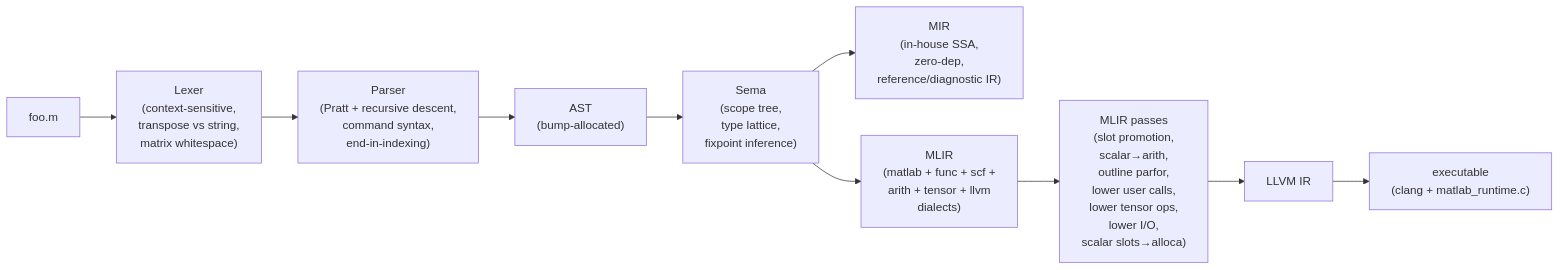
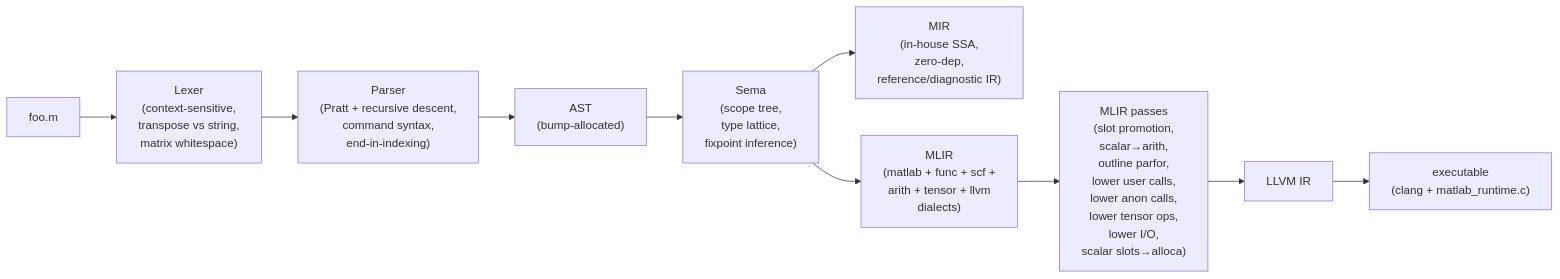
The first of 4 diagrams in README.md (leonardoaraujosantos/matlab_llvm), drawn with Mermaid before and after one commit. The commit also changed other lines of this file, not shown here.

````diff
--- a/README.md
+++ b/README.md
@@ -65,12 +65,12 @@
 ```mermaid
 flowchart LR
   src["foo.m"] --> lex["Lexer<br/>(context-sensitive,<br/>transpose vs string,<br/>matrix whitespace)"]
   lex --> parse["Parser<br/>(Pratt + recursive descent,<br/>command syntax,<br/>end-in-indexing)"]
   parse --> ast["AST<br/>(bump-allocated)"]
   ast --> sema["Sema<br/>(scope tree,<br/>type lattice,<br/>fixpoint inference)"]
   sema --> mir["MIR<br/>(in-house SSA,<br/>zero-dep,<br/>reference/diagnostic IR)"]
   sema --> mlir["MLIR<br/>(matlab + func + scf +<br/>arith + tensor + llvm<br/>dialects)"]
-  mlir --> passes["MLIR passes<br/>(slot promotion,<br/>scalar→arith,<br/>outline parfor,<br/>lower user calls,<br/>lower tensor ops,<br/>lower I/O,<br/>scalar slots→alloca)"]
+  mlir --> passes["MLIR passes<br/>(slot promotion,<br/>scalar→arith,<br/>outline parfor,<br/>lower user calls,<br/>lower anon calls,<br/>lower tensor ops,<br/>lower I/O,<br/>scalar slots→alloca)"]
   passes --> llvmir["LLVM IR"]
   llvmir --> exe["executable<br/>(clang + matlab_runtime.c)"]
 ```
````
